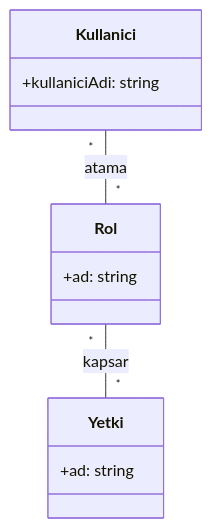
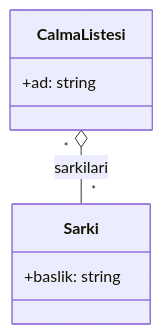
One commit to ibrahimayaz/Nesne-Yonelimli-Programlama-2025 changed the fifth of 5 diagrams in Hafta02/README.md. Above: the diagram before and after it, drawn with Mermaid. The commit also changed other lines of this file and 9 other files, not shown here.

````diff
--- a/Hafta02/README.md
+++ b/Hafta02/README.md
@@ -76,15 +102,11 @@
 ```mermaid
 classDiagram
-    class Kullanici {
-      +kullaniciAdi: string
-    }
-    class Rol {
+    class CalmaListesi {
       +ad: string
     }
-    class Yetki {
-      +ad: string
+    class Sarki {
+      +baslik: string
     }
 
-    Kullanici "*" -- "*" Rol : atama
-    Rol "*" -- "*" Yetki : kapsar
+    CalmaListesi "*" o-- "*" Sarki : sarkilari
 ```
````
